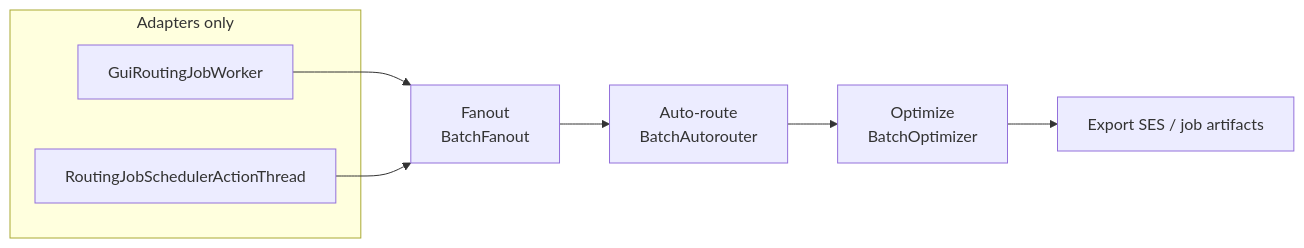
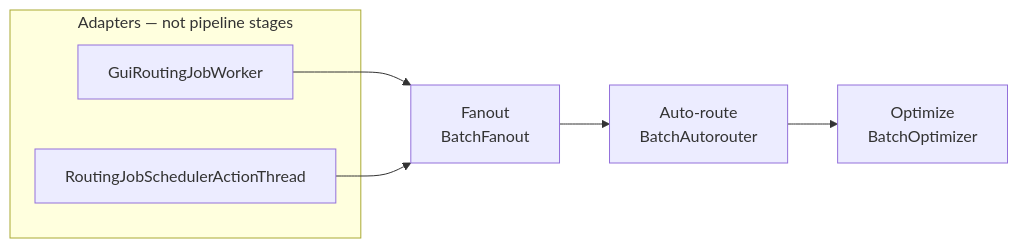
One commit to freerouting/freerouting changed the diagram in docs/research/code_structure_recommendations.md. Above: the diagram before and after it, drawn with Mermaid. The commit also changed other lines of this file, not shown here.

````diff
--- a/docs/research/code_structure_recommendations.md
+++ b/docs/research/code_structure_recommendations.md
@@ -128,12 +123,11 @@
 ```mermaid
 flowchart LR
     FAN["Fanout<br/>BatchFanout"] --> AR["Auto-route<br/>BatchAutorouter"]
     AR --> OPT["Optimize<br/>BatchOptimizer"]
-    OPT --> EXP["Export SES / job artifacts"]
-    subgraph adapters [Adapters only]
+    subgraph adapters [Adapters — not pipeline stages]
       GUI["GuiRoutingJobWorker"]
       HD["RoutingJobSchedulerActionThread"]
     end
     GUI --> FAN
     HD --> FAN
 ```
````
